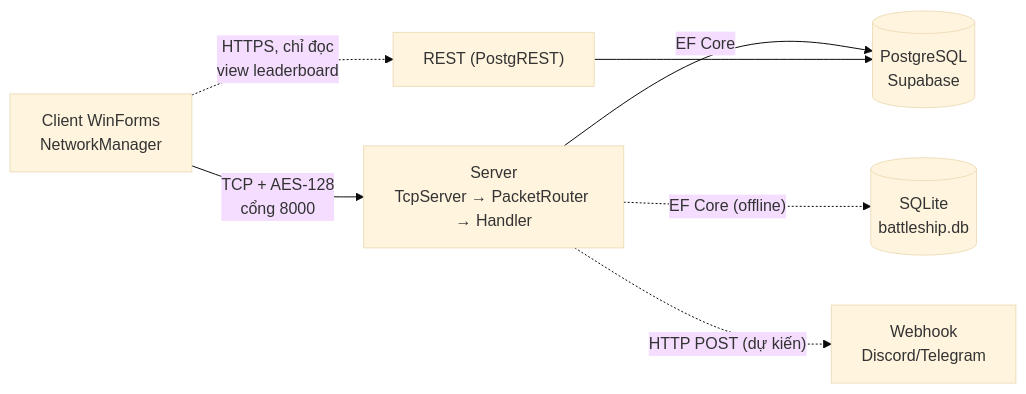
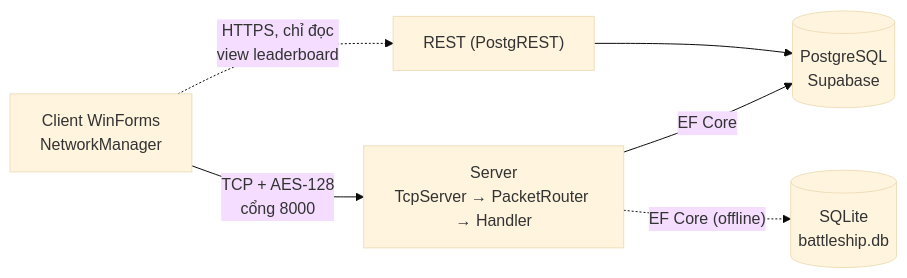
One commit to h2okisme57/NT106_Proj changed the first of 2 diagrams in README.md. Above: the diagram before and after it, drawn with Mermaid (base theme). The commit also changed other lines of this file and 9 other files, not shown here.

````diff
--- a/README.md
+++ b/README.md
@@ -13,9 +13,8 @@
 ```mermaid
 flowchart LR
     C["Client WinForms<br/>NetworkManager"] -- "TCP + AES-128<br/>cổng 8000" --> S["Server<br/>TcpServer → PacketRouter → Handler"]
     S -- "EF Core" --> DB[("PostgreSQL<br/>Supabase")]
     S -. "EF Core (offline)" .-> LT[("SQLite<br/>battleship.db")]
     C -. "HTTPS, chỉ đọc<br/>view leaderboard" .-> R["REST (PostgREST)"]
     R --> DB
-    S -. "HTTP POST (dự kiến)" .-> W["Webhook<br/>Discord/Telegram"]
 ```
````
